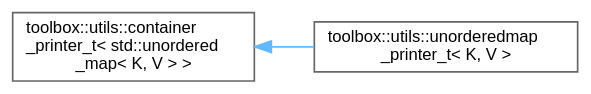
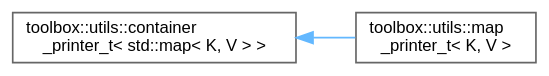
The diagram in inherit_graph_67.dot (nerdneilsfield/cpp-toolbox), drawn with Graphviz before and after one commit. The commit also changed 348 other files, not shown here.

```diff
--- a/inherit_graph_67.dot
+++ b/inherit_graph_67.dot
@@ -1,11 +1,11 @@
 digraph "Graphical Class Hierarchy"
 {
  // LATEX_PDF_SIZE
   bgcolor="transparent";
   edge [fontname=Helvetica,fontsize=10,labelfontname=Helvetica,labelfontsize=10];
   node [fontname=Helvetica,fontsize=10,shape=box,height=0.2,width=0.4];
   rankdir="LR";
-  Node0 [id="Node000000",label="toolbox::utils::container\l_printer_t\< std::unordered\l_map\< K, V \> \>",height=0.2,width=0.4,color="grey40", fillcolor="white", style="filled",URL="$classtoolbox_1_1utils_1_1container__printer__t.html",tooltip=" "];
-  Node0 -> Node1 [id="edge41_Node000000_Node000001",dir="back",color="steelblue1",style="solid",tooltip=" "];
-  Node1 [id="Node000001",label="toolbox::utils::unorderedmap\l_printer_t\< K, V \>",height=0.2,width=0.4,color="grey40", fillcolor="white", style="filled",URL="$classtoolbox_1_1utils_1_1unorderedmap__printer__t.html",tooltip="Unordered Map 打印器/Unordered map printer."];
+  Node0 [id="Node000000",label="toolbox::utils::container\l_printer_t\< std::map\< K, V \> \>",height=0.2,width=0.4,color="grey40", fillcolor="white", style="filled",URL="$classtoolbox_1_1utils_1_1container__printer__t.html",tooltip=" "];
+  Node0 -> Node1 [id="edge40_Node000000_Node000001",dir="back",color="steelblue1",style="solid",tooltip=" "];
+  Node1 [id="Node000001",label="toolbox::utils::map\l_printer_t\< K, V \>",height=0.2,width=0.4,color="grey40", fillcolor="white", style="filled",URL="$classtoolbox_1_1utils_1_1map__printer__t.html",tooltip="Map 打印器/Map printer."];
 }
```
